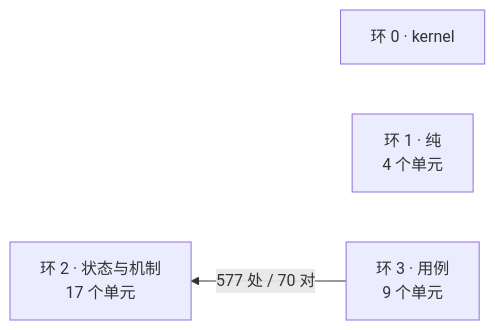
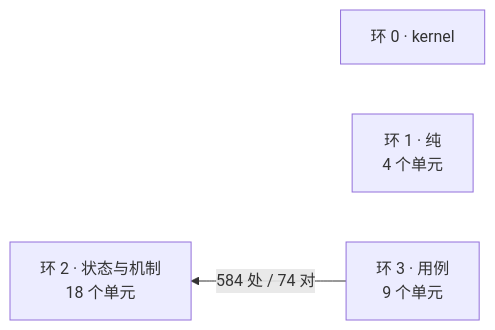
Before and after one commit to theRMM714/Solomni: the diagram in docs/architecture/dependency-map.md, drawn with Mermaid. The commit also changed other lines of this file and 120 other files, not shown here.

````diff
--- a/docs/architecture/dependency-map.md
+++ b/docs/architecture/dependency-map.md
@@ -14,8 +14,8 @@
 ```mermaid
 flowchart RL
   R0["环 0 · kernel"]
   R1["环 1 · 纯<br/>4 个单元"]
-  R2["环 2 · 状态与机制<br/>17 个单元"]
+  R2["环 2 · 状态与机制<br/>18 个单元"]
   R3["环 3 · 用例<br/>9 个单元"]
-  R3 -->|"577 处 / 70 对"| R2
+  R3 -->|"584 处 / 74 对"| R2
 ```
````
